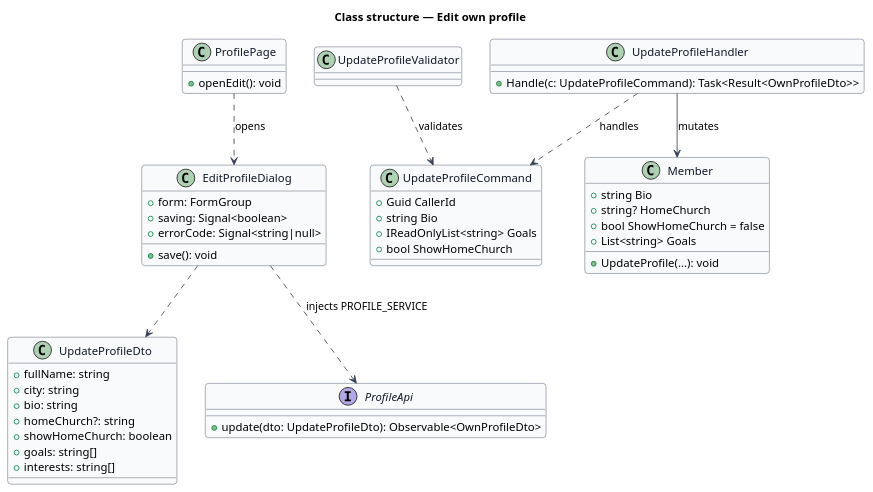
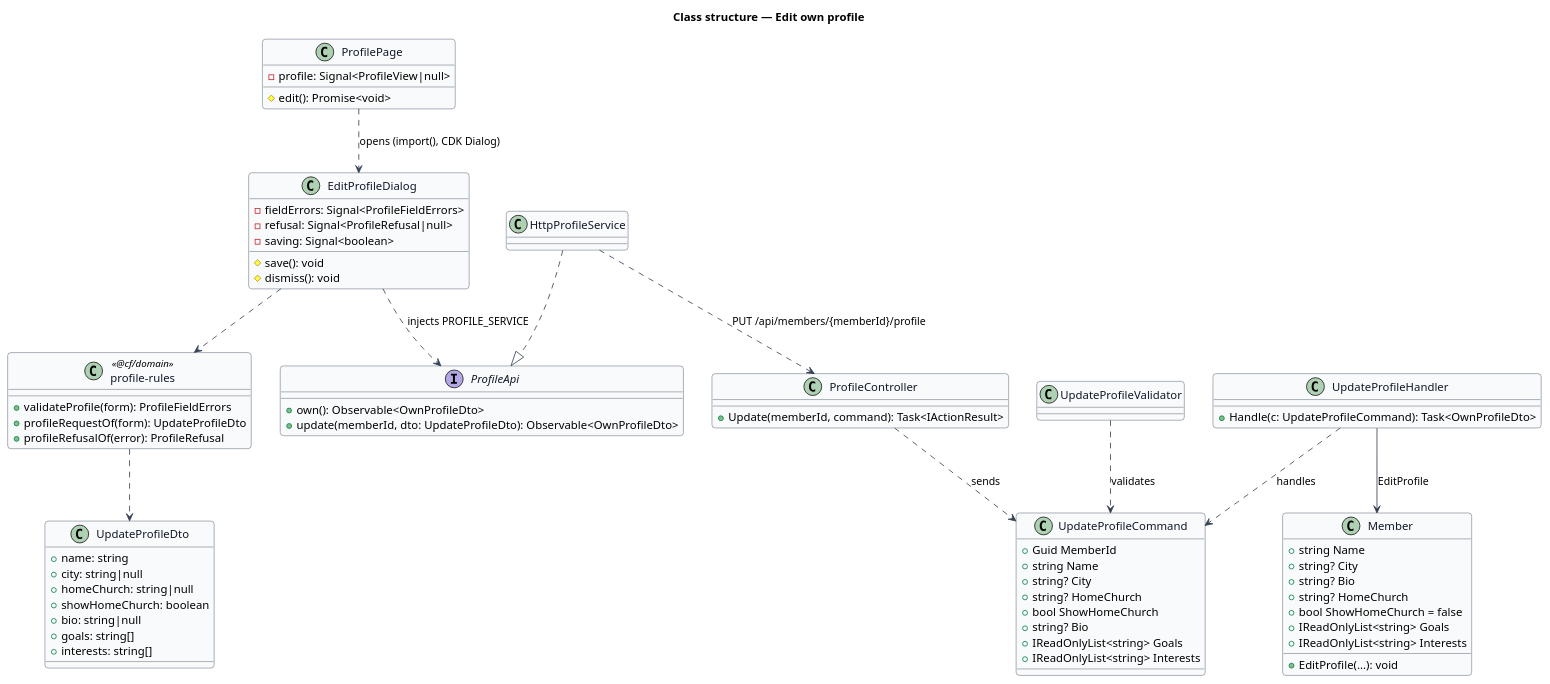
Before and after one commit to QuinntyneBrown/christian-fitness: the diagram in docs/detailed-designs/member-profile/edit-profile/diagrams/class-structure.puml, drawn with PlantUML. The commit also changed 92 other files, not shown here.

First line of the commit message:
Slice 18.2: Edit my profile

```diff
--- a/docs/detailed-designs/member-profile/edit-profile/diagrams/class-structure.puml
+++ b/docs/detailed-designs/member-profile/edit-profile/diagrams/class-structure.puml
@@ -1,57 +1,80 @@
 @startuml
 skinparam backgroundColor #FFFFFF
 skinparam shadowing false
 skinparam roundcorner 8
 skinparam defaultFontName Arial
 skinparam ArrowColor #344054
 skinparam class {
   BorderColor #344054
   FontColor #101828
   BackgroundColor #F9FAFB
 }
 title Class structure — Edit own profile
 class ProfilePage {
-  +openEdit(): void
+  -profile: Signal<ProfileView|null>
+  #edit(): Promise<void>
 }
 class EditProfileDialog {
-  +form: FormGroup
-  +saving: Signal<boolean>
-  +errorCode: Signal<string|null>
-  +save(): void
+  -fieldErrors: Signal<ProfileFieldErrors>
+  -refusal: Signal<ProfileRefusal|null>
+  -saving: Signal<boolean>
+  #save(): void
+  #dismiss(): void
+}
+class "profile-rules" as rules <<@cf/domain>> {
+  +validateProfile(form): ProfileFieldErrors
+  +profileRequestOf(form): UpdateProfileDto
+  +profileRefusalOf(error): ProfileRefusal
 }
 class UpdateProfileDto {
-  +fullName: string
-  +city: string
-  +bio: string
-  +homeChurch?: string
+  +name: string
+  +city: string|null
+  +homeChurch: string|null
   +showHomeChurch: boolean
+  +bio: string|null
   +goals: string[]
   +interests: string[]
 }
 interface ProfileApi {
-  +update(dto: UpdateProfileDto): Observable<OwnProfileDto>
+  +own(): Observable<OwnProfileDto>
+  +update(memberId, dto: UpdateProfileDto): Observable<OwnProfileDto>
+}
+class HttpProfileService
+class ProfileController {
+  +Update(memberId, command): Task<IActionResult>
 }
 class UpdateProfileCommand {
-  +Guid CallerId
-  +string Bio
+  +Guid MemberId
+  +string Name
+  +string? City
+  +string? HomeChurch
+  +bool ShowHomeChurch
+  +string? Bio
   +IReadOnlyList<string> Goals
-  +bool ShowHomeChurch
+  +IReadOnlyList<string> Interests
 }
 class UpdateProfileValidator
 class UpdateProfileHandler {
-  +Handle(c: UpdateProfileCommand): Task<Result<OwnProfileDto>>
+  +Handle(c: UpdateProfileCommand): Task<OwnProfileDto>
 }
 class Member {
-  +string Bio
+  +string Name
+  +string? City
+  +string? Bio
   +string? HomeChurch
   +bool ShowHomeChurch = false
-  +List<string> Goals
-  +UpdateProfile(...): void
+  +IReadOnlyList<string> Goals
+  +IReadOnlyList<string> Interests
+  +EditProfile(...): void
 }
-ProfilePage ..> EditProfileDialog : opens
+ProfilePage ..> EditProfileDialog : opens (import(), CDK Dialog)
 EditProfileDialog ..> ProfileApi : injects PROFILE_SERVICE
-EditProfileDialog ..> UpdateProfileDto
+EditProfileDialog ..> rules
+rules ..> UpdateProfileDto
+HttpProfileService ..|> ProfileApi
+HttpProfileService ..> ProfileController : PUT /api/members/{memberId}/profile
+ProfileController ..> UpdateProfileCommand : sends
 UpdateProfileValidator ..> UpdateProfileCommand : validates
 UpdateProfileHandler ..> UpdateProfileCommand : handles
-UpdateProfileHandler --> Member : mutates
+UpdateProfileHandler --> Member : EditProfile
 @enduml
```
